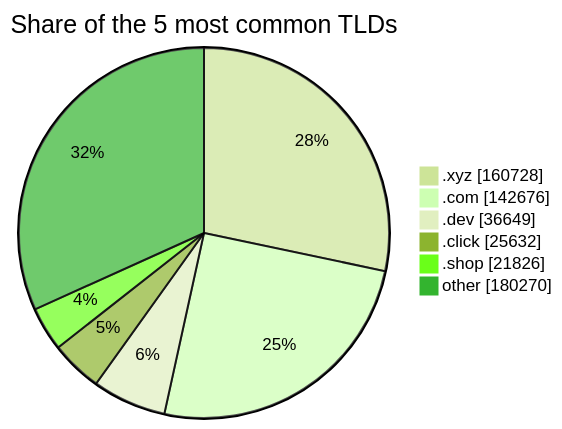
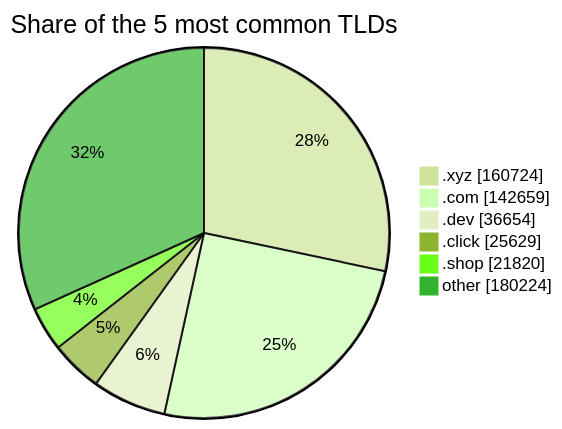
Before and after one commit to DNSBunker/CTI: the third of 3 diagrams in README.md, drawn with Mermaid (forest theme). The commit also changed other lines of this file and 3 other files, not shown here.

````diff
--- a/README.md
+++ b/README.md
@@ -81,9 +81,9 @@
 ```mermaid
 pie showData title Share of the 5 most common TLDs
-    ".xyz" : 160728
-    ".com" : 142676
-    ".dev" : 36649
-    ".click" : 25632
-    ".shop" : 21826
-    "other" : 180270
+    ".xyz" : 160724
+    ".com" : 142659
+    ".dev" : 36654
+    ".click" : 25629
+    ".shop" : 21820
+    "other" : 180224
 ```
````
